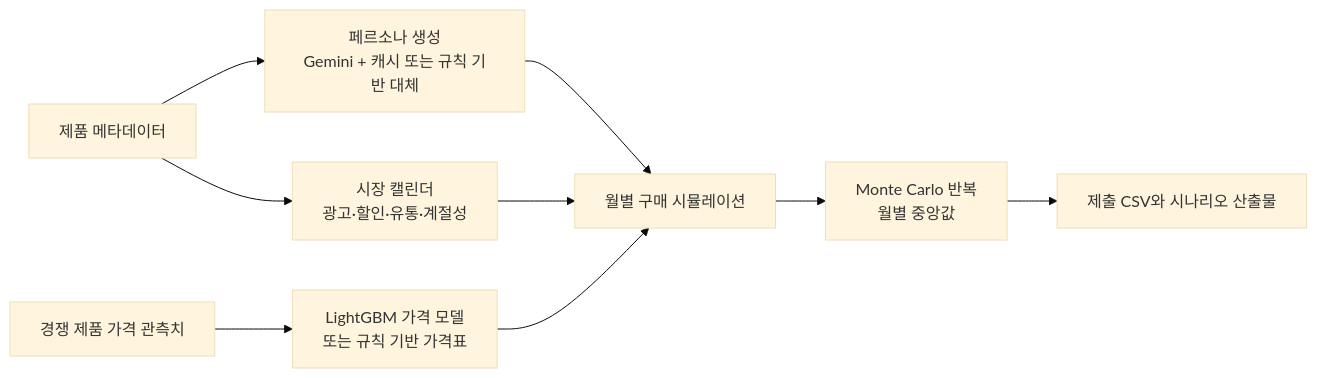
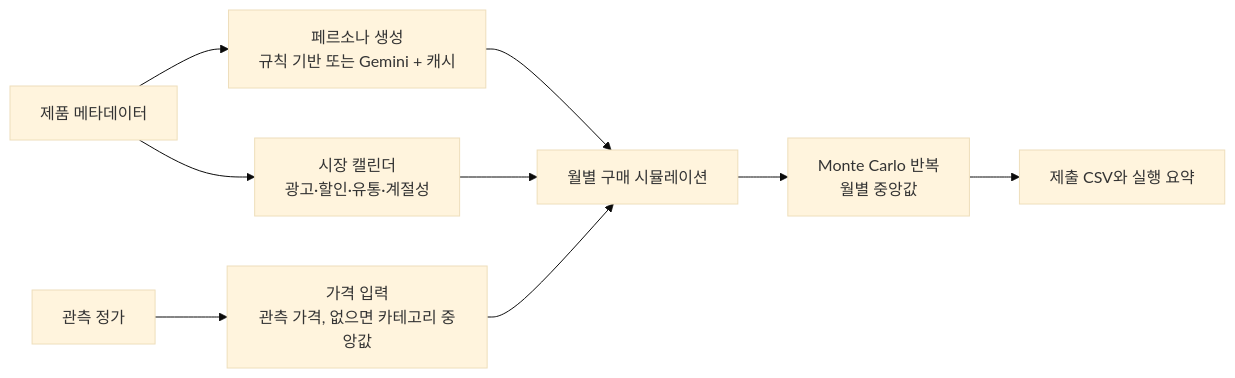
Before and after one commit to junhyung-L/cold-start-demand-simulation: the diagram in README.ko.md, drawn with Mermaid (base theme). The commit also changed other lines of this file and 18 other files, not shown here.

````diff
--- a/README.ko.md
+++ b/README.ko.md
@@ -21,11 +21,11 @@
 ```mermaid
 flowchart LR
-    A[제품 메타데이터] --> B[페르소나 생성\nGemini + 캐시 또는 규칙 기반 대체]
-    C[경쟁 제품 가격 관측치] --> D[LightGBM 가격 모델\n또는 규칙 기반 가격표]
-    A --> H[시장 캘린더\n광고·할인·유통·계절성]
+    A[제품 메타데이터] --> B[페르소나 생성<br/>규칙 기반 또는 Gemini + 캐시]
+    C[관측 정가] --> D[가격 입력<br/>관측 가격, 없으면 카테고리 중앙값]
+    A --> H[시장 캘린더<br/>광고·할인·유통·계절성]
     B --> E[월별 구매 시뮬레이션]
     D --> E
     H --> E
-    E --> F[Monte Carlo 반복\n월별 중앙값]
-    F --> G[제출 CSV와 시나리오 산출물]
+    E --> F[Monte Carlo 반복<br/>월별 중앙값]
+    F --> G[제출 CSV와 실행 요약]
 ```
````
